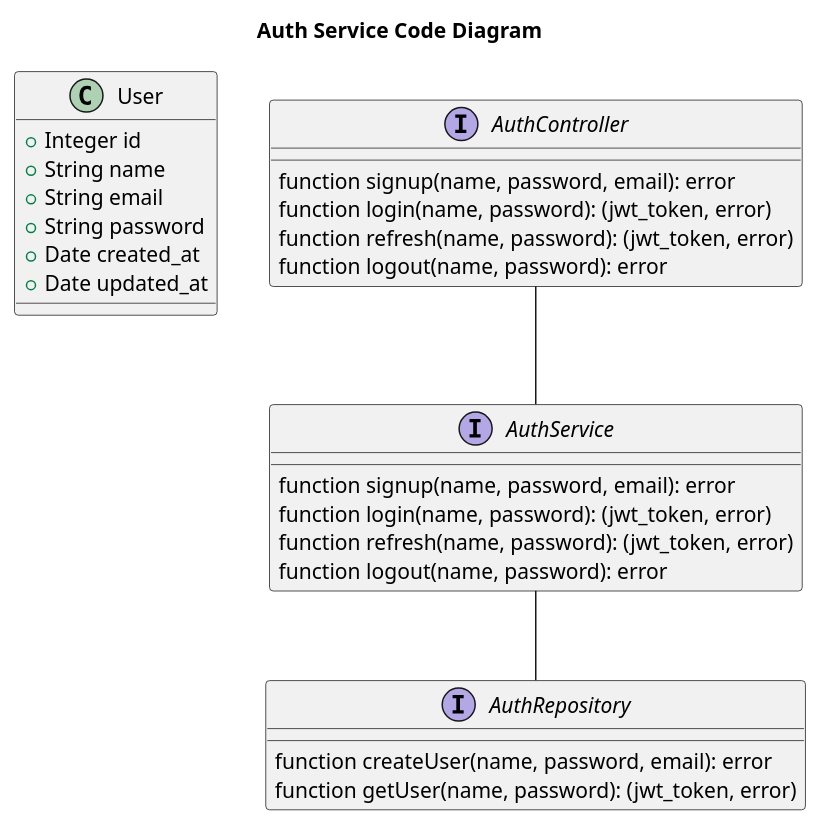
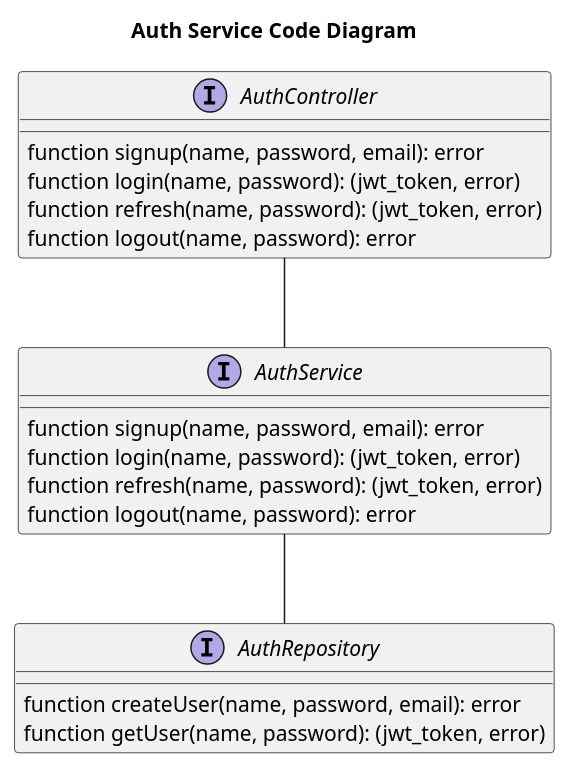
Before and after one commit to ildar-i/architecture-warmhouse: the diagram in schemas/auth_code.puml, drawn with PlantUML. The commit also changed 7 other files, not shown here.

```diff
--- a/schemas/auth_code.puml
+++ b/schemas/auth_code.puml
@@ -1,35 +1,26 @@
 @startuml
 title Auth Service Code Diagram
-
-class User {
-  +Integer id
-  +String name
-  +String email
-  +String password
-  +Date created_at
-  +Date updated_at
-}
 
 interface AuthController {
 function signup(name, password, email): error
 function login(name, password): (jwt_token, error)
 function refresh(name, password): (jwt_token, error)
 function logout(name, password): error
 }
 
 interface AuthService {
 function signup(name, password, email): error
 function login(name, password): (jwt_token, error)
 function refresh(name, password): (jwt_token, error)
 function logout(name, password): error
 }
 
 interface AuthRepository {
 function createUser(name, password, email): error
 function getUser(name, password): (jwt_token, error)
 }
 
 AuthController " " -- " " AuthService
 AuthService " " -- " " AuthRepository
 
 @enduml
```
